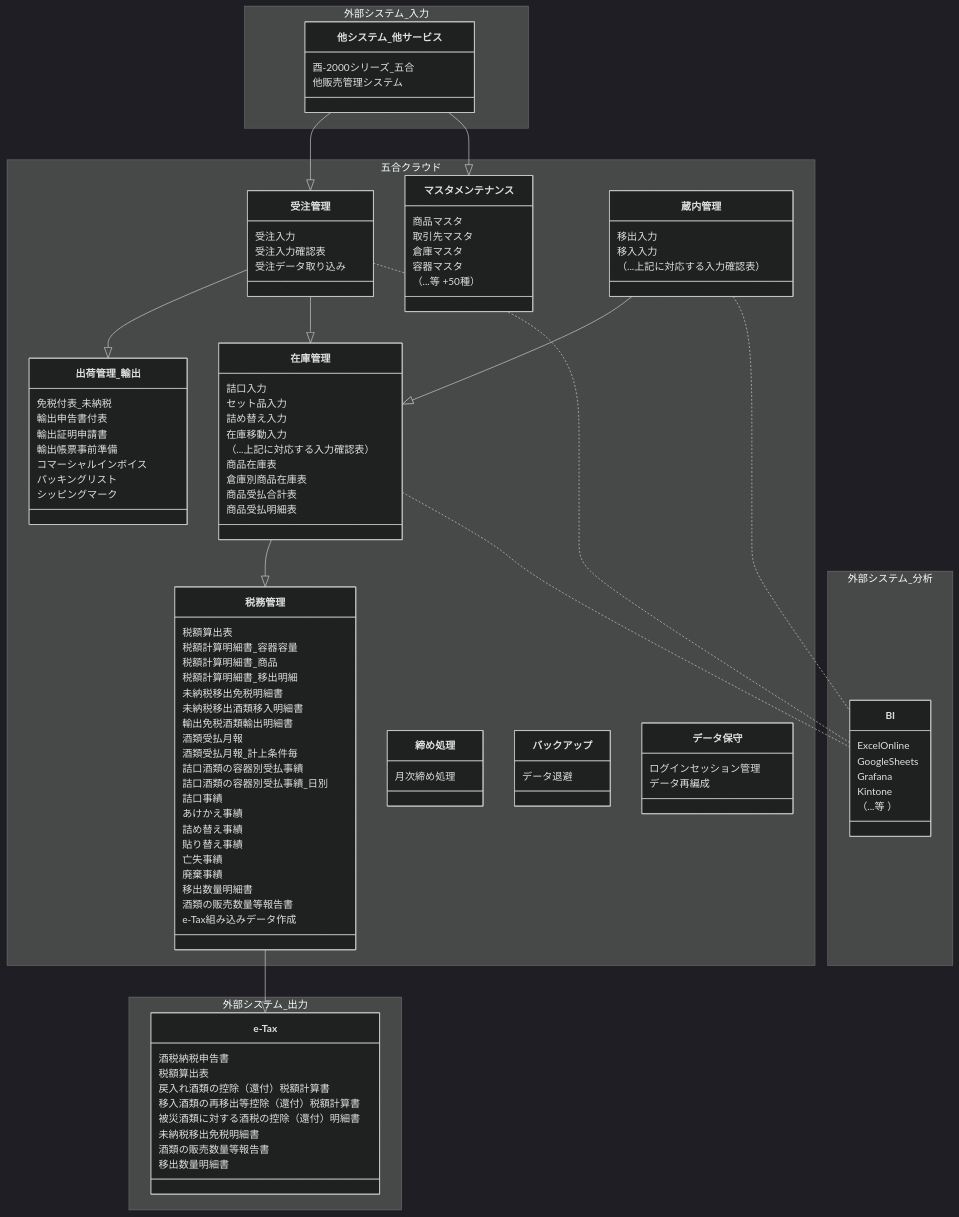
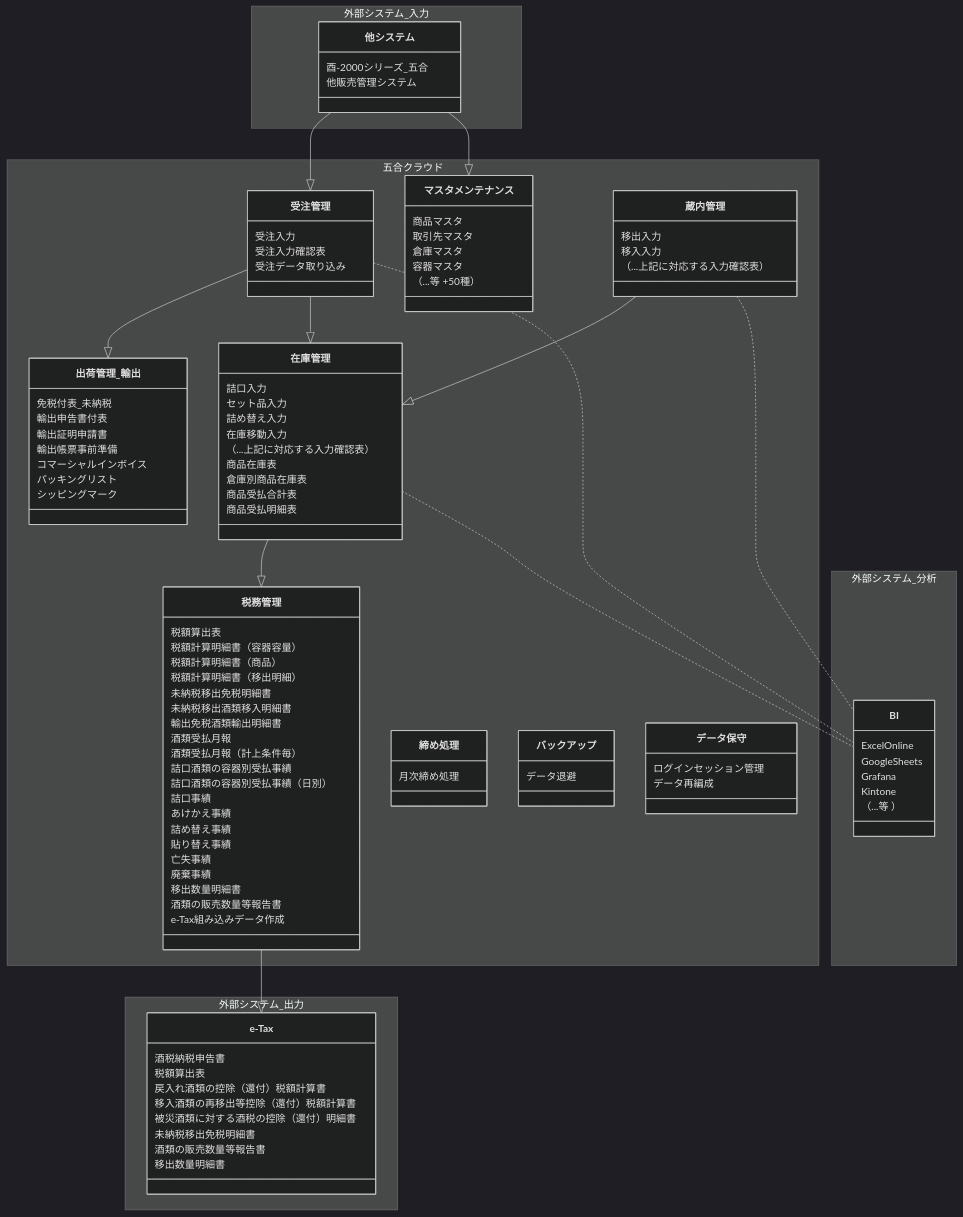
One commit to Heart-Computer-Co-LTD/yui-manual changed the diagram in src/content/blog/2023-11-09-五合クラウドの概要と機能構成図.mdx. Above: the diagram before and after it, drawn with Mermaid (dark theme).

````diff
--- a/src/content/blog/2023-11-09-五合クラウドの概要と機能構成図.mdx
+++ b/src/content/blog/2023-11-09-五合クラウドの概要と機能構成図.mdx
@@ -21,7 +21,7 @@
 ```mermaid
 classDiagram
-    他システム_他サービス --|> 受注管理
-    他システム_他サービス --|> マスタメンテナンス
+    他システム --|> 受注管理
+    他システム --|> マスタメンテナンス
     受注管理 --|> 出荷管理_輸出
     受注管理 --|> 在庫管理
     蔵内管理 --|> 在庫管理
@@ -63,16 +63,16 @@
         }
         class 税務管理 {
             税額算出表
-            税額計算明細書_容器容量
-            税額計算明細書_商品
-            税額計算明細書_移出明細
+            税額計算明細書（容器容量）
+            税額計算明細書（商品）
+            税額計算明細書（移出明細）
             未納税移出免税明細書
             未納税移出酒類移入明細書
             輸出免税酒類輸出明細書
             酒類受払月報
-            酒類受払月報_計上条件毎
+            酒類受払月報（計上条件毎）
             詰口酒類の容器別受払事績
-            詰口酒類の容器別受払事績_日別
+            詰口酒類の容器別受払事績（日別）
             詰口事績
             あけかえ事績
             詰め替え事績
@@ -102,7 +102,7 @@
         }
     }
     namespace 外部システム_入力 {
-        class 他システム_他サービス {
+        class 他システム {
             酉-2000シリーズ_五合
             他販売管理システム
         }
````
